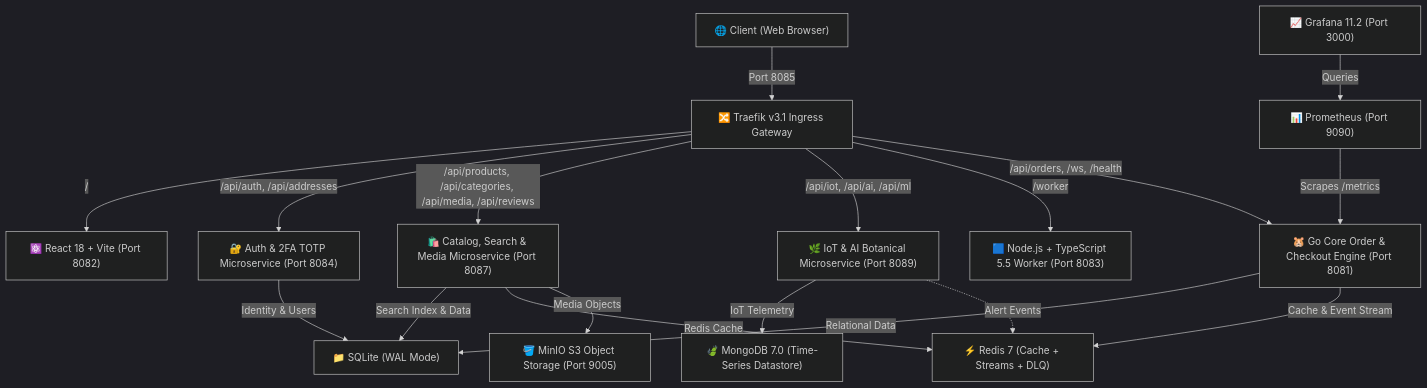
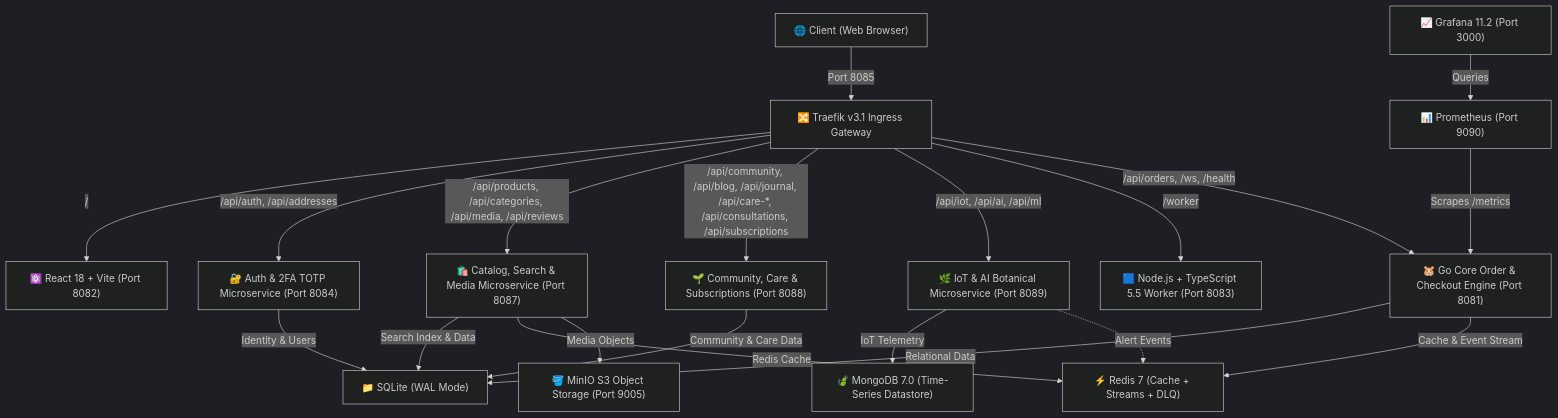
One commit to iftakhar-323/kather_baksho changed the diagram in README.md. Above: the diagram before and after it, drawn with Mermaid (dark theme). The commit also changed other lines of this file and 25 other files, not shown here.

Commit message:
feat(microservices): extract Community, Botanical Care & Subscriptions into autonomous microservice (:8088)

````diff
--- a/README.md
+++ b/README.md
@@ -130,23 +136,25 @@
 ```mermaid
 flowchart TD
     Client["🌐 Client (Web Browser)"] -->|Port 8085| Traefik["🔀 Traefik v3.1 Ingress Gateway"]
     
     Traefik -->|/| Frontend["⚛️ React 18 + Vite (Port 8082)"]
     Traefik -->|/api/auth, /api/addresses| AuthMicro["🔐 Auth & 2FA TOTP Microservice (Port 8084)"]
     Traefik -->|/api/products, /api/categories, /api/media, /api/reviews| CatalogMicro["🛍️ Catalog, Search & Media Microservice (Port 8087)"]
+    Traefik -->|/api/community, /api/blog, /api/journal, /api/care-*, /api/consultations, /api/subscriptions| CommunityMicro["🌱 Community, Care & Subscriptions (Port 8088)"]
     Traefik -->|/api/iot, /api/ai, /api/ml| IoTMicro["🌿 IoT & AI Botanical Microservice (Port 8089)"]
     Traefik -->|/worker| Worker["🟦 Node.js + TypeScript 5.5 Worker (Port 8083)"]
     Traefik -->|/api/orders, /ws, /health| Backend["🐹 Go Core Order & Checkout Engine (Port 8081)"]
     
     Backend -->|Relational Data| SQLite["📁 SQLite (WAL Mode)"]
     CatalogMicro -->|Search Index & Data| SQLite
     AuthMicro -->|Identity & Users| SQLite
+    CommunityMicro -->|Community & Care Data| SQLite
     CatalogMicro -->|Redis Cache| Redis["⚡ Redis 7 (Cache + Streams + DLQ)"]
     CatalogMicro -->|Media Objects| MinIO["🪣 MinIO S3 Object Storage (Port 9005)"]
     IoTMicro -->|IoT Telemetry| Mongo["🍃 MongoDB 7.0 (Time-Series Datastore)"]
     IoTMicro -.->|Alert Events| Redis
     Backend -->|Cache & Event Stream| Redis
     
     Prometheus["📊 Prometheus (Port 9090)"] -->|Scrapes /metrics| Backend
     Grafana["📈 Grafana 11.2 (Port 3000)"] -->|Queries| Prometheus
 ```
````
